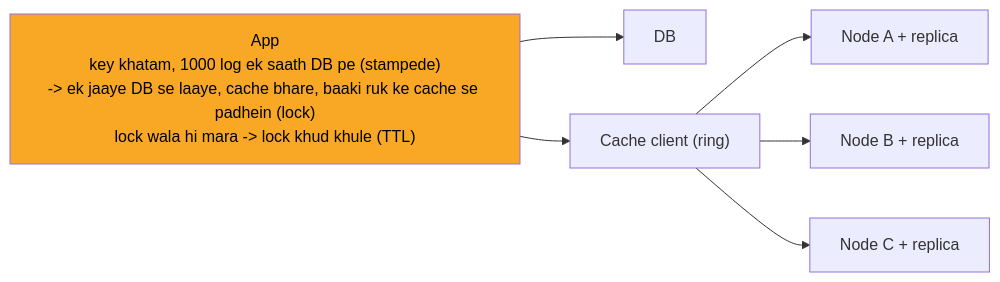
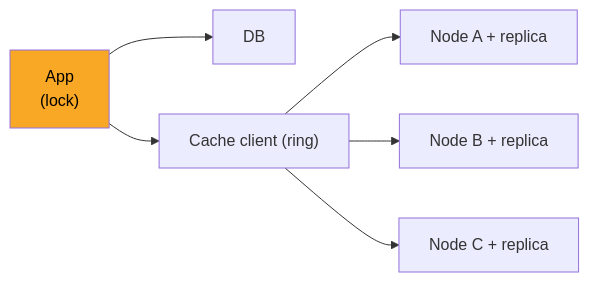
Before and after one commit to ArpanMaheshwari144/Prep: the diagram in 04_HLD/SYSTEM_DESIGNS/10_distributed_cache/img/c5.mmd, drawn with Mermaid. The commit also changed 156 other files, not shown here.

```diff
--- a/04_HLD/SYSTEM_DESIGNS/10_distributed_cache/img/c5.mmd
+++ b/04_HLD/SYSTEM_DESIGNS/10_distributed_cache/img/c5.mmd
@@ -1,14 +1,14 @@
 %%{init: {"flowchart": {"wrappingWidth": 450}}}%%
 flowchart LR
-    n_App["App<br/>key khatam, 1000 log ek saath DB pe (stampede)<br/>-> ek jaaye DB se laaye, cache bhare, baaki ruk ke cache se padhein (lock)<br/>lock wala hi mara -> lock khud khule (TTL)"]
+    n_App["App<br/>(lock)"]
     n_DB["DB"]
     n_Cache_client["Cache client (ring)"]
     n_Node_A_replica["Node A + replica"]
     n_Node_B_replica["Node B + replica"]
     n_Node_C_replica["Node C + replica"]
     n_App --> n_DB
     n_App --> n_Cache_client
     n_Cache_client --> n_Node_A_replica
     n_Cache_client --> n_Node_B_replica
     n_Cache_client --> n_Node_C_replica
     style n_App fill:#f9a825,color:#000
```
